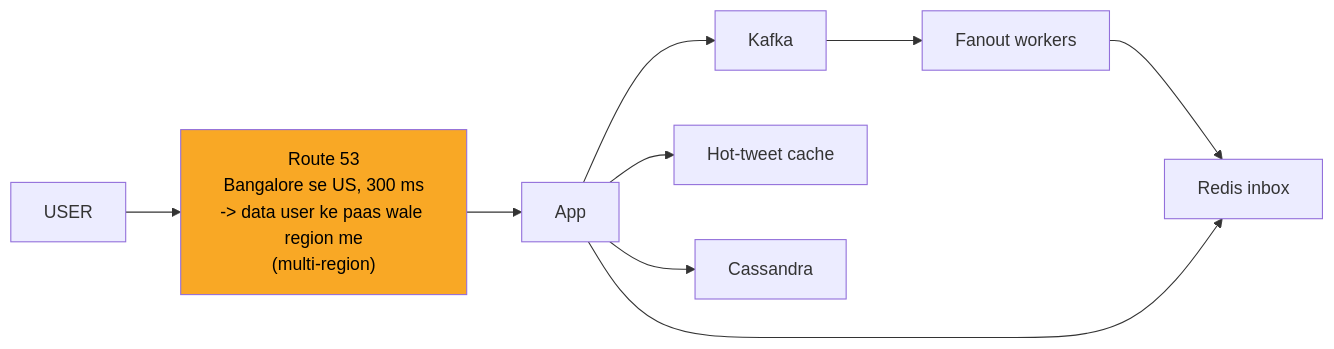
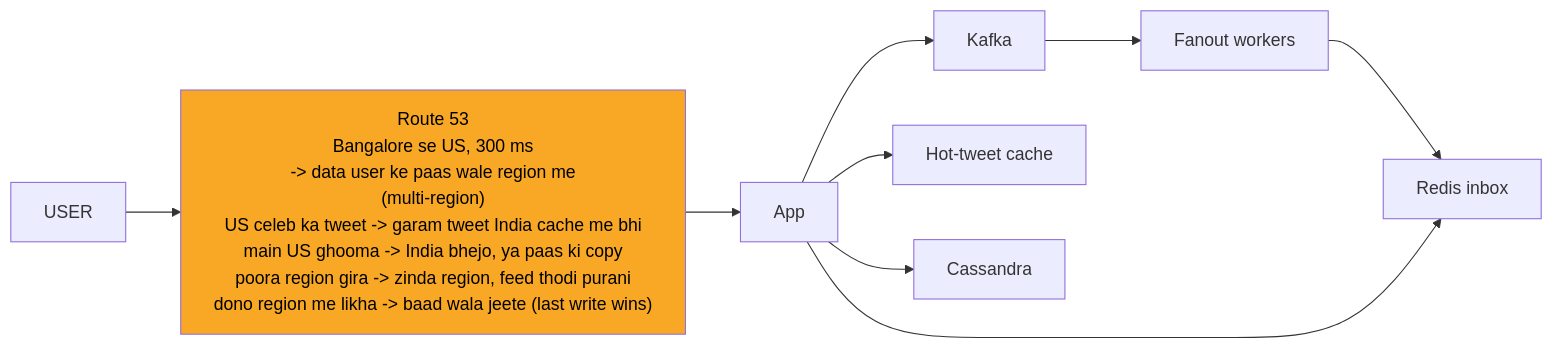
One commit to ArpanMaheshwari144/Prep changed the eighth of 12 diagrams in 04_HLD/SYSTEM_DESIGNS/03_twitter_feed/03_twitter_feed.md. Above: the diagram before and after it, drawn with Mermaid. The commit also changed other lines of this file and 12 other files, not shown here.

Commit message:
hld 02-14: peele dabbe me SAFAR ke mod + diagram chauda (wrappingWidth 450)

````diff
--- a/04_HLD/SYSTEM_DESIGNS/03_twitter_feed/03_twitter_feed.md
+++ b/04_HLD/SYSTEM_DESIGNS/03_twitter_feed/03_twitter_feed.md
@@ -340,20 +347,21 @@
 ```mermaid
+%%{init: {"flowchart": {"wrappingWidth": 450}}}%%
 flowchart LR
     n_USER["USER"]
-    n_Route_53["Route 53<br/>Bangalore se US, 300 ms<br/>-> data user ke paas wale region me<br/>(multi-region)"]
+    n_Route_53["Route 53<br/>Bangalore se US, 300 ms<br/>-> data user ke paas wale region me<br/>(multi-region)<br/>US celeb ka tweet -> garam tweet India cache me bhi<br/>main US ghooma -> India bhejo, ya paas ki copy<br/>poora region gira -> zinda region, feed thodi purani<br/>dono region me likha -> baad wala jeete (last write wins)"]
     n_App["App"]
     n_Kafka["Kafka"]
     n_Fanout_workers["Fanout workers"]
     n_Redis_inbox["Redis inbox"]
     n_Hot_tweet_cache["Hot-tweet cache"]
     n_Cassandra["Cassandra"]
     n_USER --> n_Route_53
     n_Route_53 --> n_App
     n_App --> n_Kafka
     n_App --> n_Hot_tweet_cache
     n_App --> n_Cassandra
     n_Kafka --> n_Fanout_workers
     n_Fanout_workers --> n_Redis_inbox
     n_App --> n_Redis_inbox
     style n_Route_53 fill:#f9a825,color:#000
 ```
````
